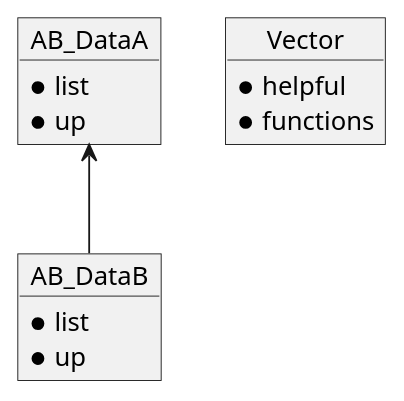
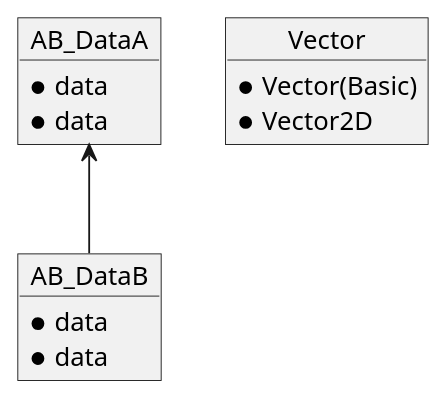
Before and after one commit to konbraphat51/module_rule: the diagram in Example/Docs/Dependencies/Data.puml, drawn with PlantUML. The commit also changed 1 other file, not shown here.

```diff
--- a/Example/Docs/Dependencies/Data.puml
+++ b/Example/Docs/Dependencies/Data.puml
@@ -1,25 +1,25 @@
 @startuml Dependency_Data
 ' Image can be obtained from
 ' https://www.plantuml.com/plantuml/uml/SyfFKj2rKt3CoKnELR1Io4ZDoSa70000
 
 ' Write all modules here
 object AB_DataA {
-    * list
-    * up
+    * data
+    * data
 }
 
 object AB_DataB {
-    * list
-    * up
+    * data
+    * data
 }
 
 object Vector {
-    * helpful
-    * functions
+    * Vector(Basic)
+    * Vector2D
 }
 
 ' Write all dependencies here
 ' X --> Y means X depends on Y
 AB_DataA <-- AB_DataB
 
 @enduml
```
